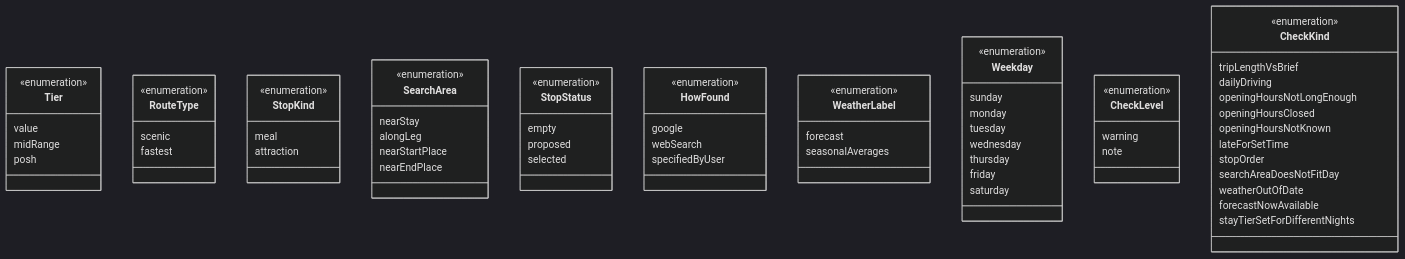
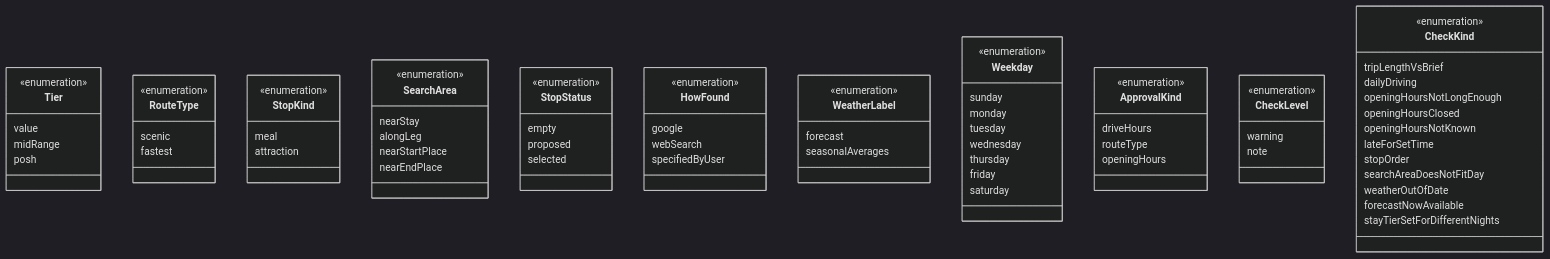
The second of 2 diagrams in design/domain-model.md (nimbusscale/road-trip-agent), drawn with Mermaid (dark theme) before and after one commit. The commit also changed other lines of this file and 1 other file, not shown here.

````diff
--- a/design/domain-model.md
+++ b/design/domain-model.md
@@ -362,72 +374,78 @@
 ```mermaid
 classDiagram
     class Tier {
         <<enumeration>>
         value
         midRange
         posh
     }
     class RouteType {
         <<enumeration>>
         scenic
         fastest
     }
     class StopKind {
         <<enumeration>>
         meal
         attraction
     }
     class SearchArea {
         <<enumeration>>
         nearStay
         alongLeg
         nearStartPlace
         nearEndPlace
     }
     class StopStatus {
         <<enumeration>>
         empty
         proposed
         selected
     }
     class HowFound {
         <<enumeration>>
         google
         webSearch
         specifiedByUser
     }
     class WeatherLabel {
         <<enumeration>>
         forecast
         seasonalAverages
     }
     class Weekday {
         <<enumeration>>
         sunday
         monday
         tuesday
         wednesday
         thursday
         friday
         saturday
     }
+    class ApprovalKind {
+        <<enumeration>>
+        driveHours
+        routeType
+        openingHours
+    }
     class CheckLevel {
         <<enumeration>>
         warning
         note
     }
     class CheckKind {
         <<enumeration>>
         tripLengthVsBrief
         dailyDriving
         openingHoursNotLongEnough
         openingHoursClosed
         openingHoursNotKnown
         lateForSetTime
         stopOrder
         searchAreaDoesNotFitDay
         weatherOutOfDate
         forecastNowAvailable
         stayTierSetForDifferentNights
     }
 ```
````
